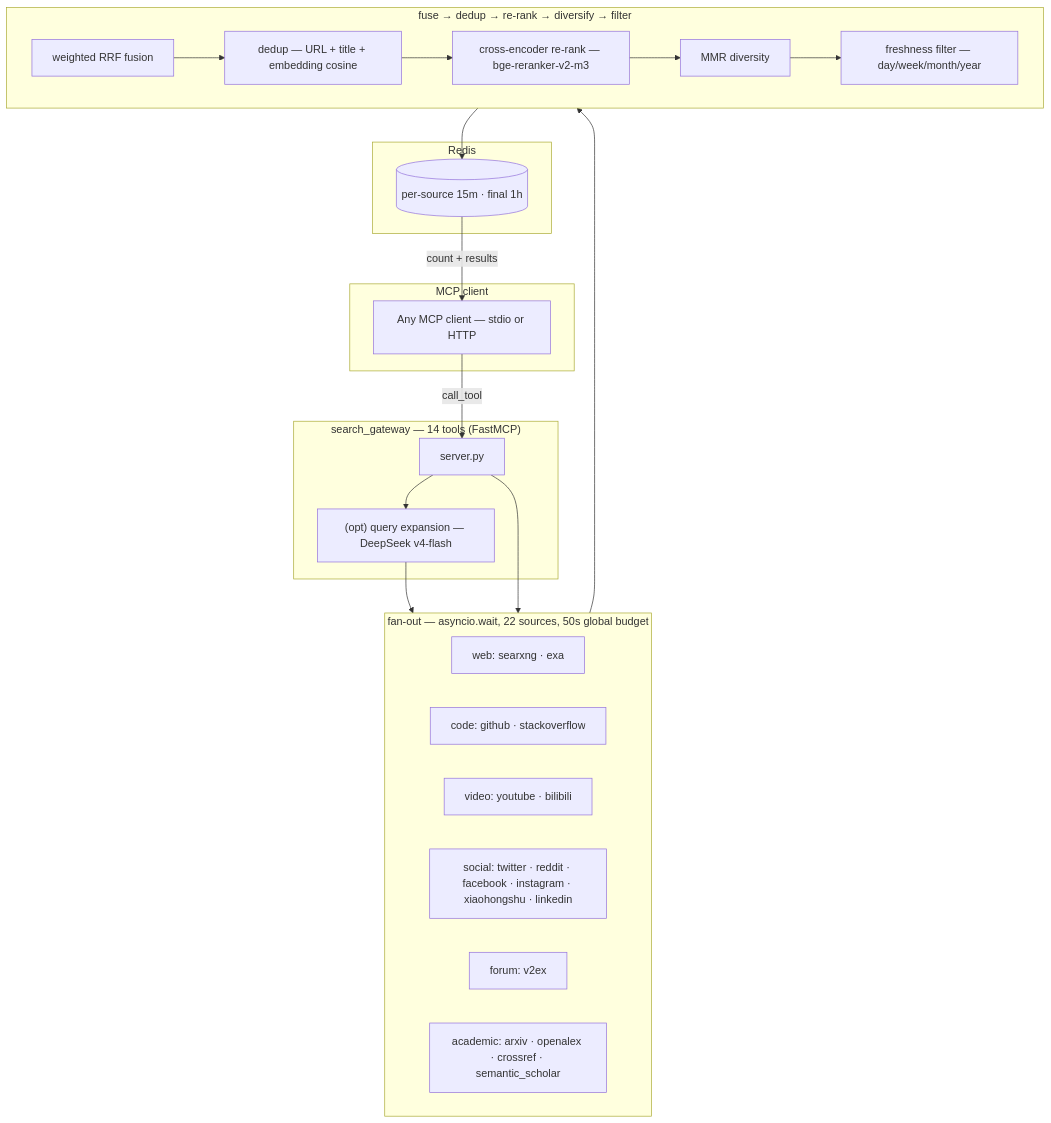
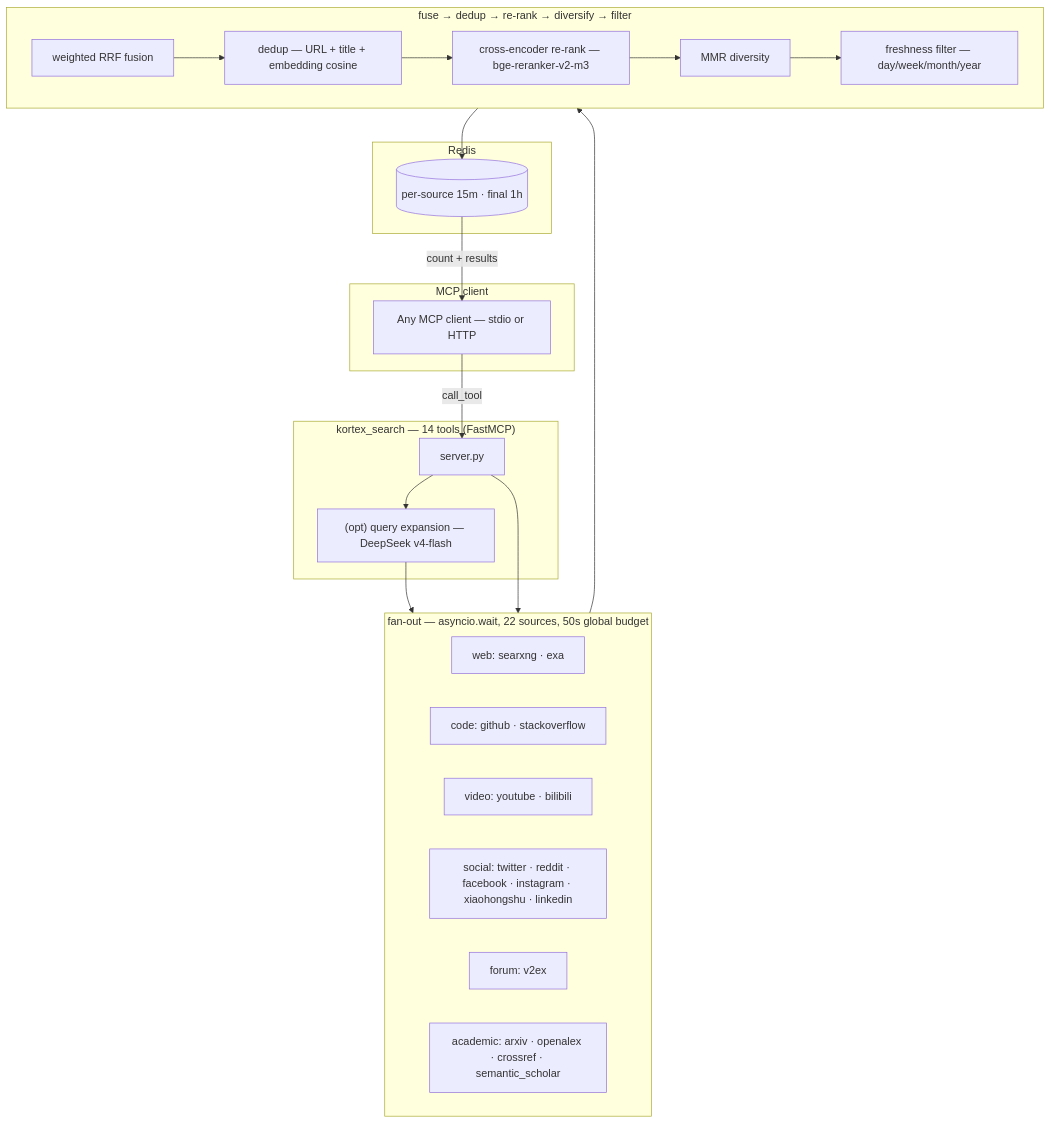
One commit to kbjama8/search-gateway changed the first of 3 diagrams in README.md. Above: the diagram before and after it, drawn with Mermaid. The commit also changed other lines of this file and 26 other files, not shown here.

First line of the commit message:
Rename docs and in-repo skills to Kortex Search

````diff
--- a/README.md
+++ b/README.md
@@ -52,41 +52,41 @@
 ```mermaid
 flowchart TD
     subgraph Client["MCP client"]
         C["Any MCP client — stdio or HTTP"]
     end
 
-    subgraph Gateway["search_gateway — 14 tools (FastMCP)"]
+    subgraph Gateway["kortex_search — 14 tools (FastMCP)"]
         S["server.py"]
         Q["(opt) query expansion — DeepSeek v4-flash"]
         S --> Q
     end
 
     subgraph FanOut["fan-out — asyncio.wait, 22 sources, 50s global budget"]
         direction LR
         SRC1["web: searxng · exa"]
         SRC2["code: github · stackoverflow"]
         SRC3["video: youtube · bilibili"]
         SRC4["social: twitter · reddit · facebook · instagram · xiaohongshu · linkedin"]
         SRC5["forum: v2ex"]
         SRC6["academic: arxiv · openalex · crossref · semantic_scholar"]
     end
 
     subgraph Refine["fuse → dedup → re-rank → diversify → filter"]
         direction LR
         R["weighted RRF fusion"] --> D["dedup — URL + title + embedding cosine"]
         D --> X["cross-encoder re-rank — bge-reranker-v2-m3"]
         X --> M["MMR diversity"]
         M --> FR["freshness filter — day/week/month/year"]
     end
 
     subgraph Cache["Redis"]
         CA[("per-source 15m · final 1h")]
     end
 
     C -->|"call_tool"| S
     Q --> FanOut
     S --> FanOut
     FanOut --> R
     FR --> CA
     CA -->|"count + results"| C
 ```
````
